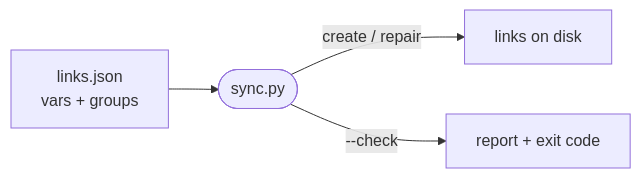
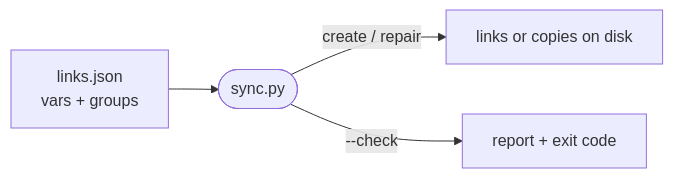
The diagram in tools/syncLinks/README.md (frostehhh/ai-tools), drawn with Mermaid before and after one commit. The commit also changed other lines of this file and 4 other files, not shown here.

````diff
--- a/tools/syncLinks/README.md
+++ b/tools/syncLinks/README.md
@@ -9,6 +9,6 @@
 ```mermaid
 flowchart LR
   L["links.json<br/>vars + groups"] --> S(["sync.py"])
-  S -->|create / repair| FS["links on disk"]
+  S -->|create / repair| FS["links or copies on disk"]
   S -->|--check| R["report + exit code"]
 ```
````
